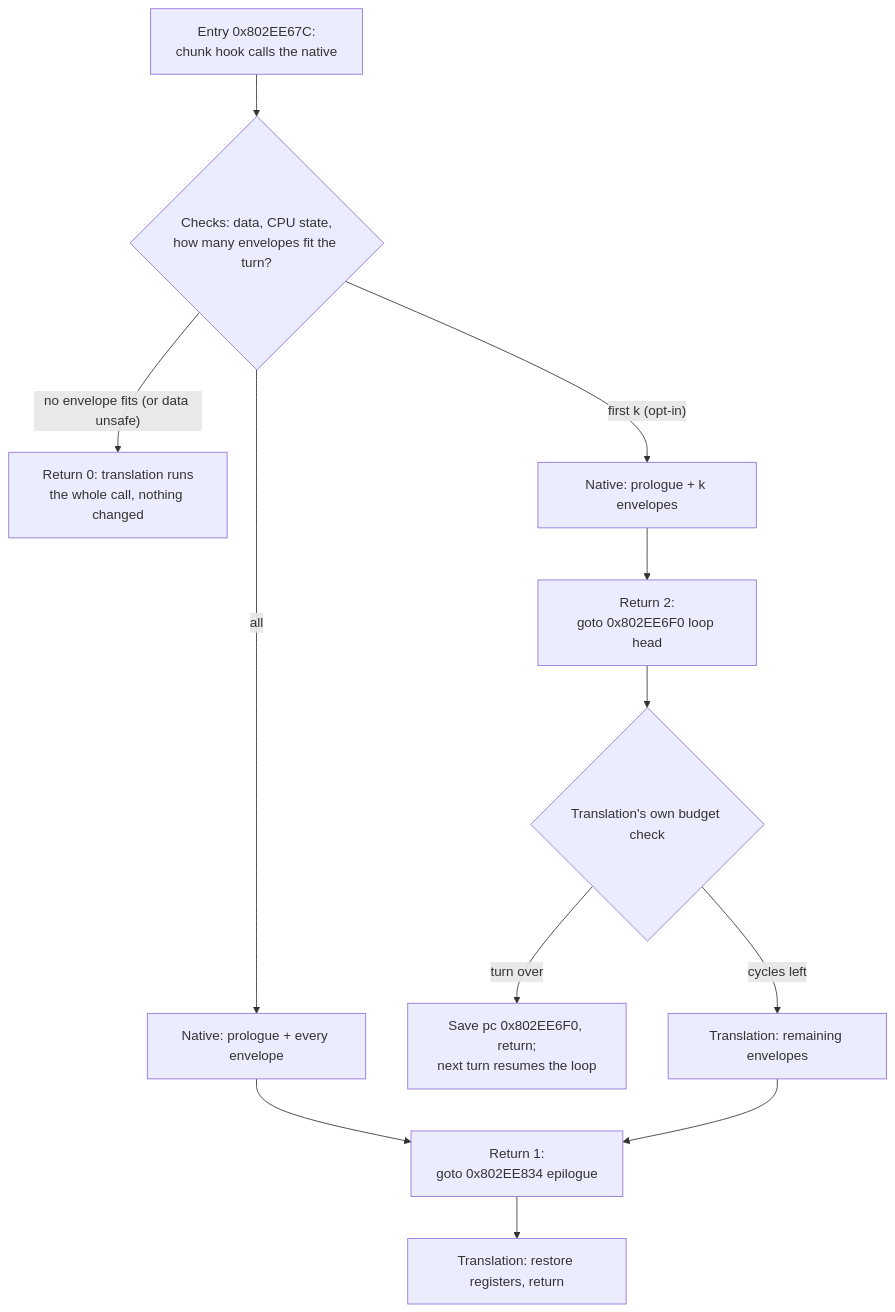
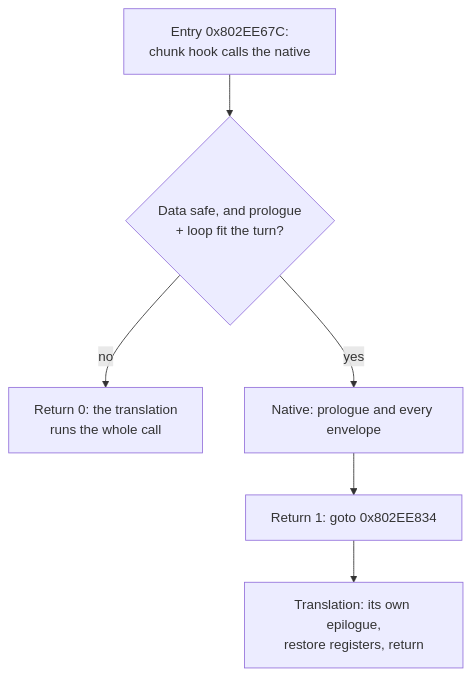
One commit to chrissotraidis/bluewake changed the diagram in docs/planning/2026-11-02-native_extensions/TECH_PLAN.md. Above: the diagram before and after it, drawn with Mermaid. The commit also changed other lines of this file and 2 other files, not shown here.

Commit message:
docs: #541 M2 decision: partial runs dropped, epilogue hand-over kept

````diff
--- a/docs/planning/2026-11-02-native_extensions/TECH_PLAN.md
+++ b/docs/planning/2026-11-02-native_extensions/TECH_PLAN.md
@@ -55,11 +50,8 @@
 ```mermaid
 flowchart TD
-    E[Entry 0x802EE67C:<br/>chunk hook calls the native] --> C{Checks: data, CPU state,<br/>how many envelopes fit the turn?}
-    C -- "no envelope fits (or data unsafe)" --> D[Return 0: translation runs<br/>the whole call, nothing changed]
-    C -- all --> A[Native: prologue + every envelope] --> X1[Return 1:<br/>goto 0x802EE834 epilogue]
-    C -- "first k (opt-in)" --> P[Native: prologue + k envelopes] --> X2[Return 2:<br/>goto 0x802EE6F0 loop head]
-    X2 --> B{Translation's own budget check}
-    B -- turn over --> S[Save pc 0x802EE6F0, return;<br/>next turn resumes the loop]
-    B -- cycles left --> L[Translation: remaining envelopes] --> X1
-    X1 --> Q[Translation: restore registers, return]
+    E[Entry 0x802EE67C:<br/>chunk hook calls the native] --> C{Data safe, and prologue<br/>+ loop fit the turn?}
+    C -- no --> D[Return 0: the translation<br/>runs the whole call]
+    C -- yes --> A[Native: prologue and every envelope]
+    A --> X[Return 1: goto 0x802EE834]
+    X --> Q[Translation: its own epilogue,<br/>restore registers, return]
 ```
````
